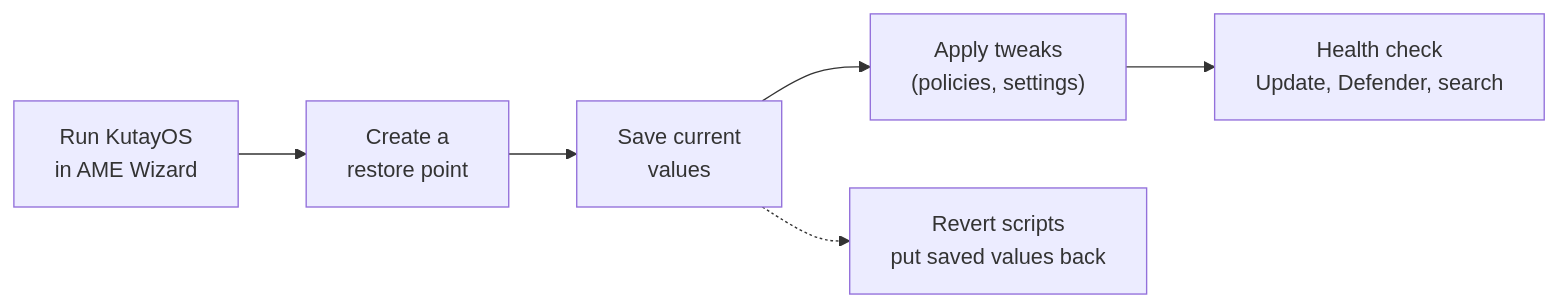
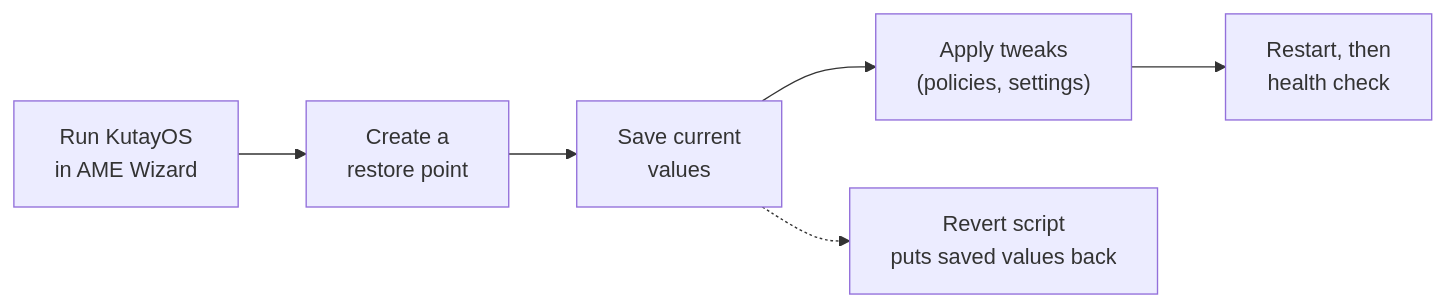
Before and after one commit to kutaykalay/KutayOS: the diagram in README.md, drawn with Mermaid. The commit also changed other lines of this file and 7 other files, not shown here.

````diff
--- a/README.md
+++ b/README.md
@@ -54,8 +54,8 @@
 ```mermaid
 flowchart LR
   A["Run KutayOS<br/>in AME Wizard"] --> B["Create a<br/>restore point"]
   B --> C["Save current<br/>values"]
   C --> D["Apply tweaks<br/>(policies, settings)"]
-  D --> E["Health check<br/>Update, Defender, search"]
-  C -.-> R["Revert scripts<br/>put saved values back"]
+  D --> E["Restart, then<br/>health check"]
+  C -.-> R["Revert script<br/>puts saved values back"]
 ```
````
